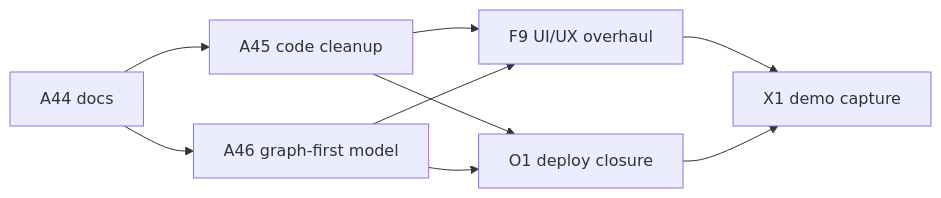
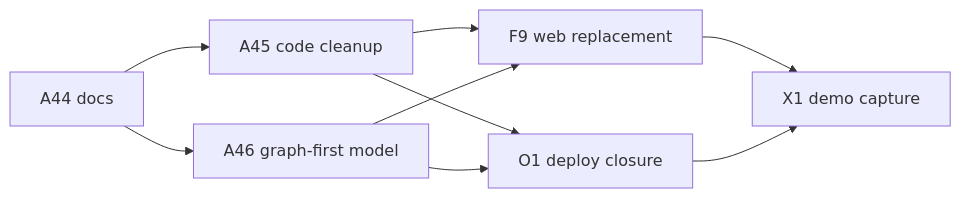
The diagram in docs/Tracker.md (Akshat-Tiwari69/Trace), drawn with Mermaid before and after one commit. The commit also changed other lines of this file and 93 other files, not shown here.

````diff
--- a/docs/Tracker.md
+++ b/docs/Tracker.md
@@ -158,11 +160,11 @@
 ```mermaid
 flowchart LR
     A44["A44 docs"] --> A45["A45 code cleanup"]
     A44 --> A46["A46 graph-first model"]
-    A45 --> F9["F9 UI/UX overhaul"]
+    A45 --> F9["F9 web replacement"]
     A46 --> F9
     A45 --> O1["O1 deploy closure"]
     A46 --> O1
     F9 --> X1["X1 demo capture"]
     O1 --> X1
 ```
````
